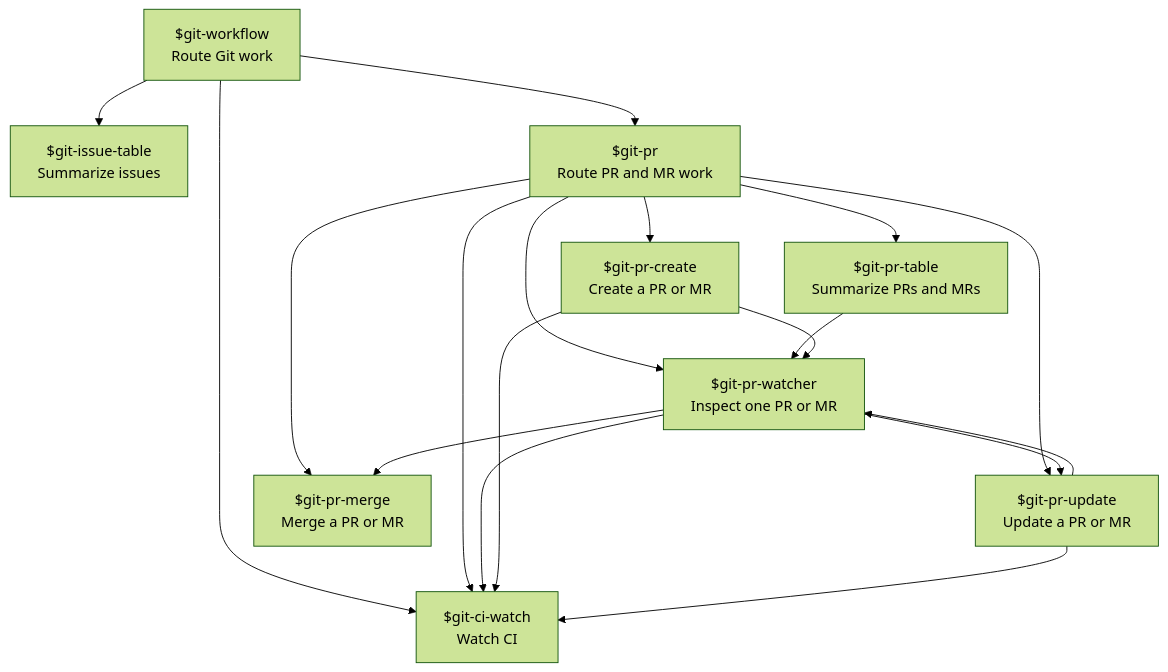
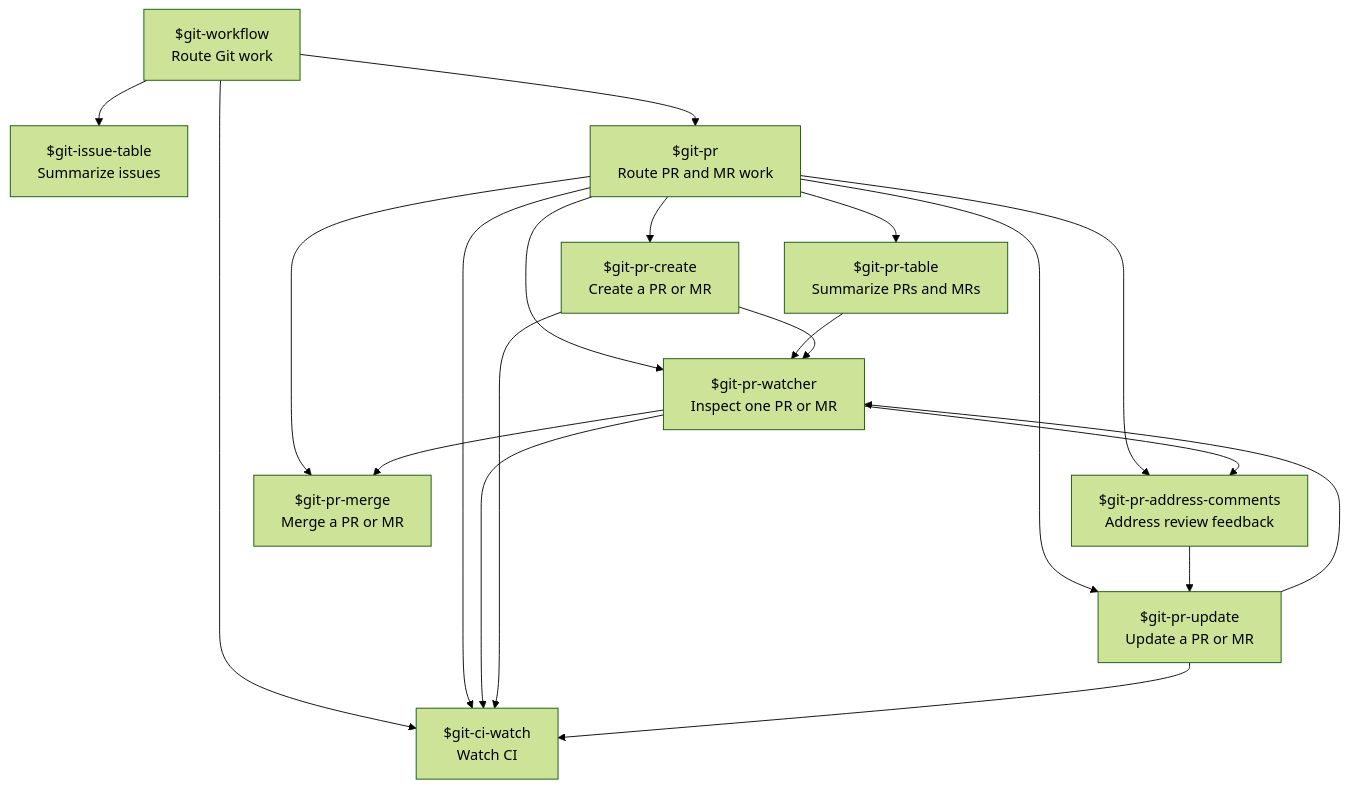
The diagram in agent-matrix.md (jeeftor/gitSkills), drawn with Mermaid (forest theme) before and after one commit. The commit also changed 8 other files, not shown here.

````diff
--- a/agent-matrix.md
+++ b/agent-matrix.md
@@ -3,30 +3,33 @@
 ```mermaid
 flowchart TD
     WORKFLOW["$git-workflow<br/>Route Git work"]
     ISSUE_TABLE["$git-issue-table<br/>Summarize issues"]
     PR["$git-pr<br/>Route PR and MR work"]
     PR_TABLE["$git-pr-table<br/>Summarize PRs and MRs"]
     PR_WATCHER["$git-pr-watcher<br/>Inspect one PR or MR"]
+    PR_ADDRESS["$git-pr-address-comments<br/>Address review feedback"]
     CI_WATCH["$git-ci-watch<br/>Watch CI"]
     PR_CREATE["$git-pr-create<br/>Create a PR or MR"]
     PR_UPDATE["$git-pr-update<br/>Update a PR or MR"]
     PR_MERGE["$git-pr-merge<br/>Merge a PR or MR"]
 
     WORKFLOW --> ISSUE_TABLE
     WORKFLOW --> PR
     WORKFLOW --> CI_WATCH
     PR --> PR_TABLE
     PR --> PR_WATCHER
+    PR --> PR_ADDRESS
     PR --> CI_WATCH
     PR --> PR_CREATE
     PR --> PR_UPDATE
     PR --> PR_MERGE
     PR_TABLE --> PR_WATCHER
     PR_WATCHER --> CI_WATCH
-    PR_WATCHER --> PR_UPDATE
+    PR_WATCHER --> PR_ADDRESS
+    PR_ADDRESS --> PR_UPDATE
     PR_CREATE --> PR_WATCHER
     PR_CREATE --> CI_WATCH
     PR_UPDATE --> CI_WATCH
     PR_UPDATE --> PR_WATCHER
     PR_WATCHER --> PR_MERGE
 ```
````
